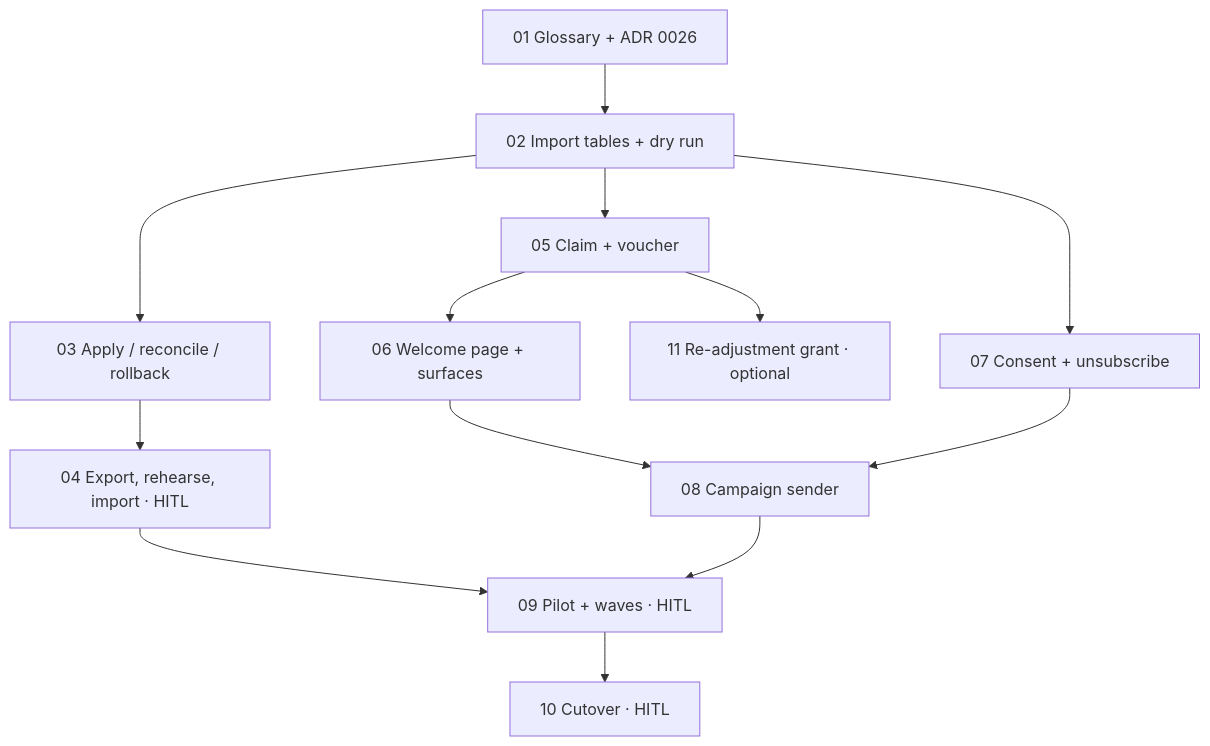
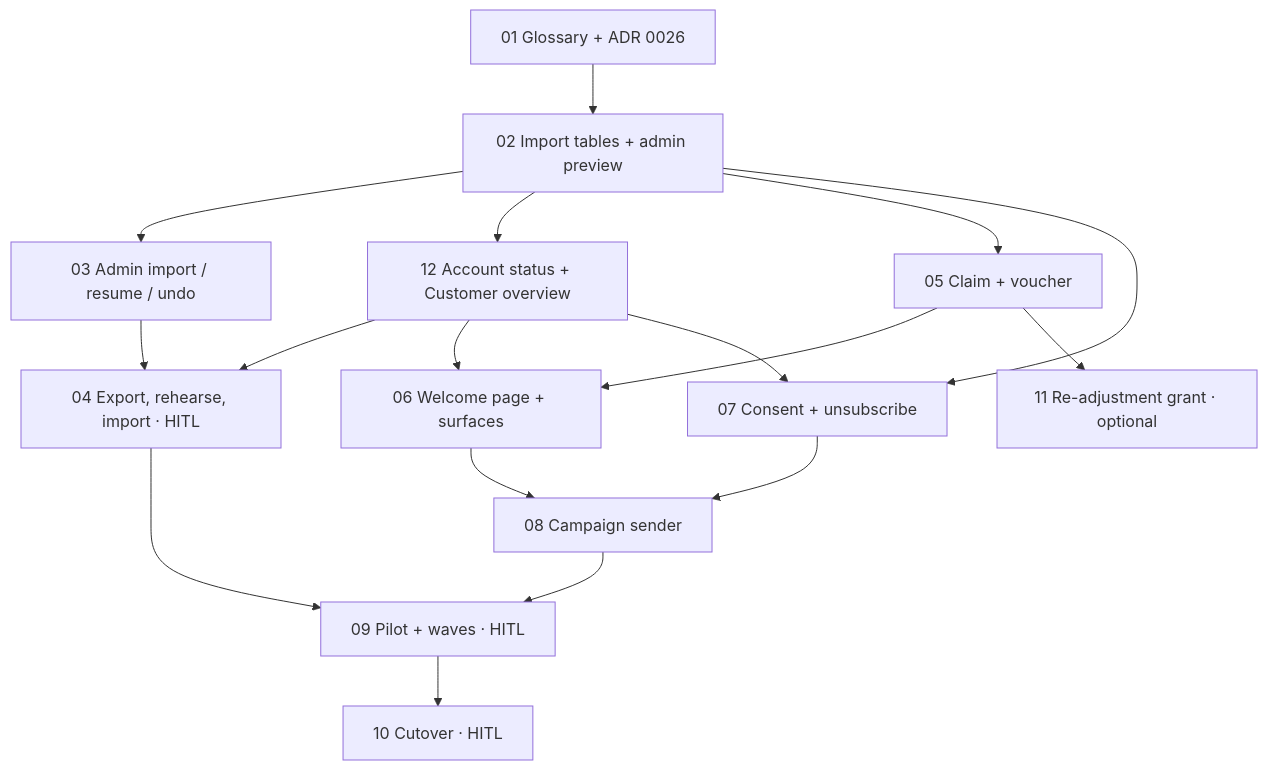
One commit to ivanyeors/mp changed the diagram in .claude/PRD-shopify-customer-migration/issues/README.md. Above: the diagram before and after it, drawn with Mermaid. The commit also changed other lines of this file and 16 other files, not shown here.

First line of the commit message:
PRD: run the Shopify customer import from the Admin Panel, show account status

````diff
--- a/.claude/PRD-shopify-customer-migration/issues/README.md
+++ b/.claude/PRD-shopify-customer-migration/issues/README.md
@@ -27,27 +28,32 @@
 ```mermaid
 graph TD
   s01[01 Glossary + ADR 0026]
-  s02[02 Import tables + dry run]
-  s03[03 Apply / reconcile / rollback]
+  s02[02 Import tables + admin preview]
+  s03[03 Admin import / resume / undo]
+  s12[12 Account status + Customer overview]
   s04[04 Export, rehearse, import · HITL]
   s05[05 Claim + voucher]
   s06[06 Welcome page + surfaces]
   s07[07 Consent + unsubscribe]
   s08[08 Campaign sender]
   s09[09 Pilot + waves · HITL]
   s10[10 Cutover · HITL]
   s11[11 Re-adjustment grant · optional]
 
   s01 --> s02
   s02 --> s03
+  s02 --> s12
   s03 --> s04
+  s12 --> s04
+  s12 --> s06
   s02 --> s05
   s05 --> s06
   s02 --> s07
+  s12 --> s07
   s06 --> s08
   s07 --> s08
   s04 --> s09
   s08 --> s09
   s09 --> s10
   s05 --> s11
 ```
````
